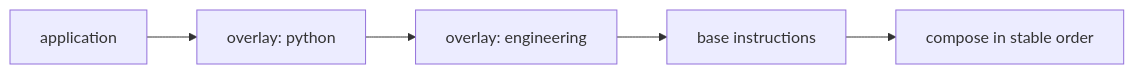
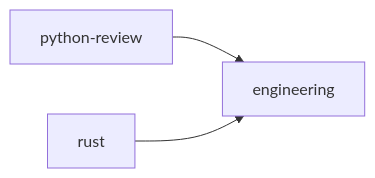
Before and after one commit to Boriken-Dev/agent-overlay-spec: the diagram in spec/v0/dependencies.md, drawn with Mermaid. The commit also changed other lines of this file and 118 other files, not shown here.

````diff
--- a/spec/v0/dependencies.md
+++ b/spec/v0/dependencies.md
@@ -22,7 +23,5 @@
 ```mermaid
 graph LR
-  A[application] --> B[overlay: python]
-  B --> C[overlay: engineering]
-  C --> D[base instructions]
-  D --> E[compose in stable order]
+  A[python-review] --> B[engineering]
+  C[rust] --> B
 ```
````
